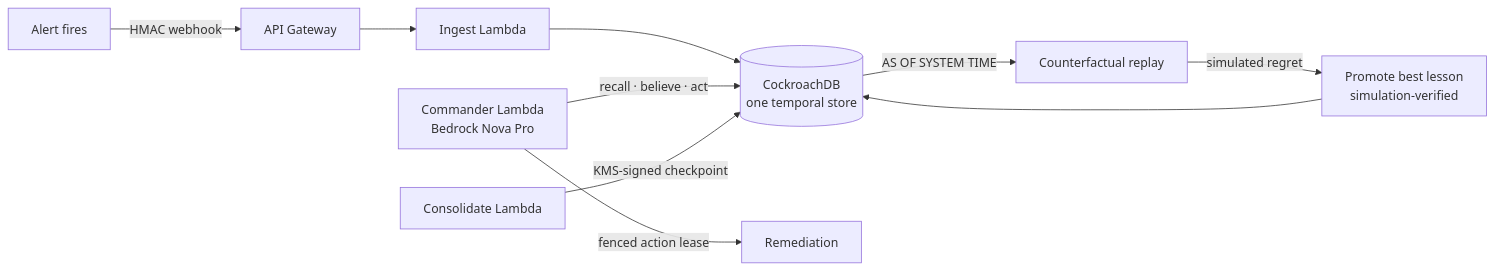
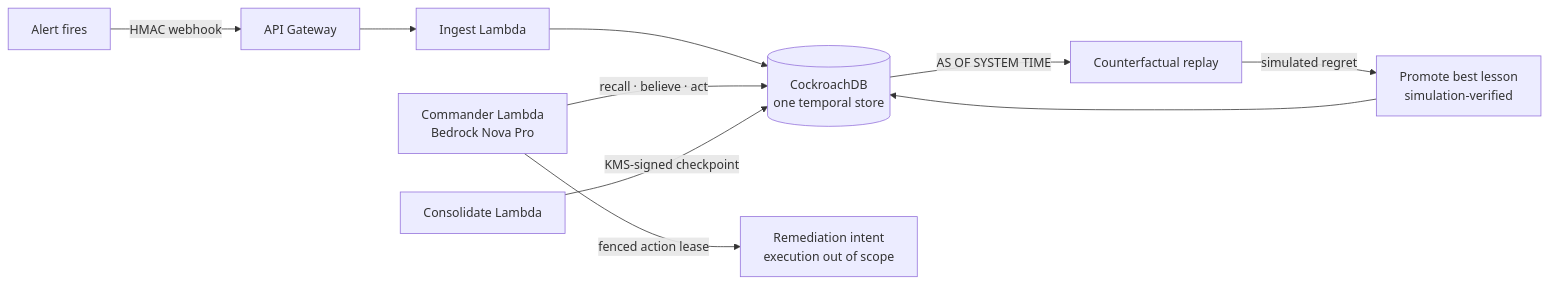
Before and after one commit to umarhashmi2002/backcast: the first of 7 diagrams in README.md, drawn with Mermaid. The commit also changed other lines of this file and 11 other files, not shown here.

````diff
--- a/README.md
+++ b/README.md
@@ -74,12 +74,12 @@
 ```mermaid
 graph LR
     Alert[Alert fires] -->|HMAC webhook| GW[API Gateway]
     GW --> Ing[Ingest Lambda]
     Ing --> DB[(CockroachDB<br/>one temporal store)]
     Cmd[Commander Lambda<br/>Bedrock Nova Pro] -->|recall · believe · act| DB
-    Cmd -->|fenced action lease| Act[Remediation]
+    Cmd -->|fenced action lease| Act[Remediation intent<br/>execution out of scope]
     DB -->|AS OF SYSTEM TIME| CF[Counterfactual replay]
     CF -->|simulated regret| Learn[Promote best lesson<br/>simulation-verified]
     Learn --> DB
     Con[Consolidate Lambda] -->|KMS-signed checkpoint| DB
 ```
````
